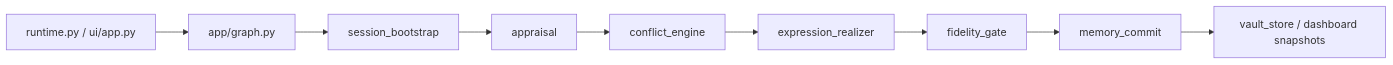
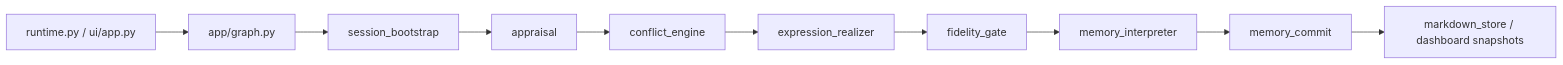
Before and after one commit to yatarousan0227/SplitMind-AI: the diagram in guides/implementation-overview.en.md, drawn with Mermaid. The commit also changed other lines of this file and 75 other files, not shown here.

Commit message:
feat: メモリ管理をmarkdown_storeに移行し、MemoryInterpreterNodeと複数の新しいポリシーノードを導入し、EgoMoveコントラクトを更新しました。

````diff
--- a/guides/implementation-overview.en.md
+++ b/guides/implementation-overview.en.md
@@ -5,11 +5,12 @@
 ```mermaid
 flowchart LR
     A["runtime.py / ui/app.py"] --> B["app/graph.py"]
     B --> C["session_bootstrap"]
     C --> D["appraisal"]
     D --> E["conflict_engine"]
     E --> F["expression_realizer"]
     F --> G["fidelity_gate"]
-    G --> H["memory_commit"]
-    H --> I["vault_store / dashboard snapshots"]
+    G --> H["memory_interpreter"]
+    H --> I["memory_commit"]
+    I --> J["markdown_store / dashboard snapshots"]
 ```
````
